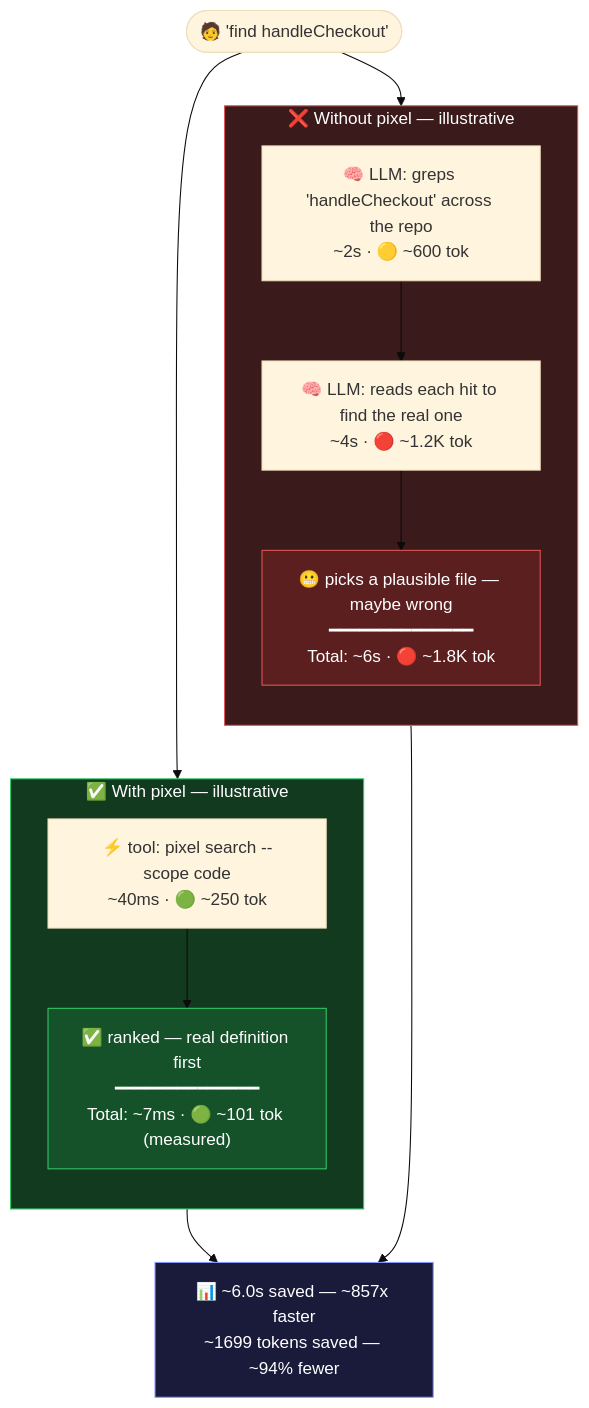
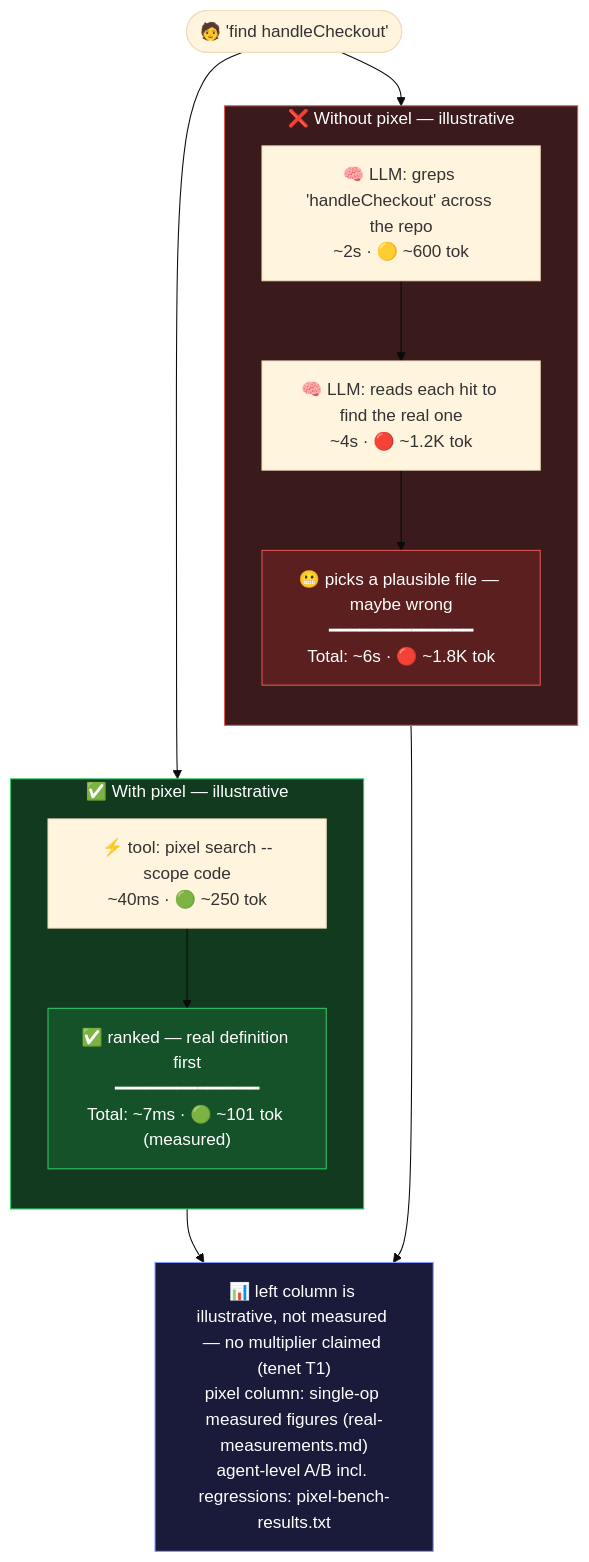
Before and after one commit to Pixel-CLI/pixel: the diagram in docs/examples/05-search-ranked.mmd, drawn with Mermaid (base theme). The commit also changed 57 other files, not shown here.

```diff
--- a/docs/examples/05-search-ranked.mmd
+++ b/docs/examples/05-search-ranked.mmd
@@ -1,29 +1,29 @@
 flowchart TD
     Ask(["🧑 'find handleCheckout'"])
     Ask --> w1
     Ask --> p1
     w1 ~~~ p1
 
     subgraph W ["❌ Without pixel — illustrative"]
         direction TB
         w1["🧠 LLM: greps 'handleCheckout' across the repo<br/>~2s · 🟡 ~600 tok"] --> w2
         w2["🧠 LLM: reads each hit to find the real one<br/>~4s · 🔴 ~1.2K tok"]
         w2 --> w5["😬 picks a plausible file — maybe wrong<br/>━━━━━━━━━━━━━━<br/>Total: ~6s · 🔴 ~1.8K tok"]
     end
 
     subgraph P ["✅ With pixel — illustrative"]
         direction TB
         p1["⚡ tool: pixel search --scope code<br/>~40ms · 🟢 ~250 tok"]
         p1 --> p3["✅ ranked — real definition first<br/>━━━━━━━━━━━━━━<br/>Total: ~7ms · 🟢 ~101 tok (measured)"]
     end
 
     w5 --> Recap
     p3 --> Recap
-    Recap["📊 ~6.0s saved — ~857x faster<br/>~1699 tokens saved — ~94% fewer"]
+    Recap["📊 left column is illustrative, not measured — no multiplier claimed (tenet T1)<br/>pixel column: single-op measured figures (real-measurements.md)<br/>agent-level A/B incl. regressions: pixel-bench-results.txt"]
 
     style W fill:#3a1a1a,stroke:#e05555,color:#fff
     style P fill:#123a1e,stroke:#33c76a,color:#fff
     style w5 fill:#5c1f1f,stroke:#e05555,color:#fff
     style p3 fill:#155229,stroke:#33c76a,color:#fff
     style Recap fill:#1a1a3a,stroke:#8899ff,color:#fff
     linkStyle 2 stroke-width:0px
```
